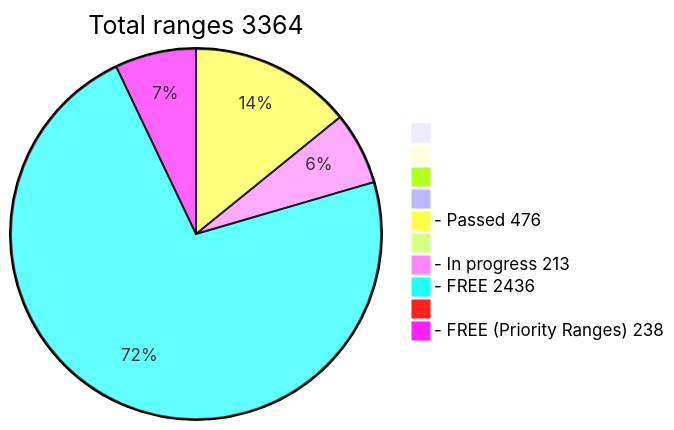
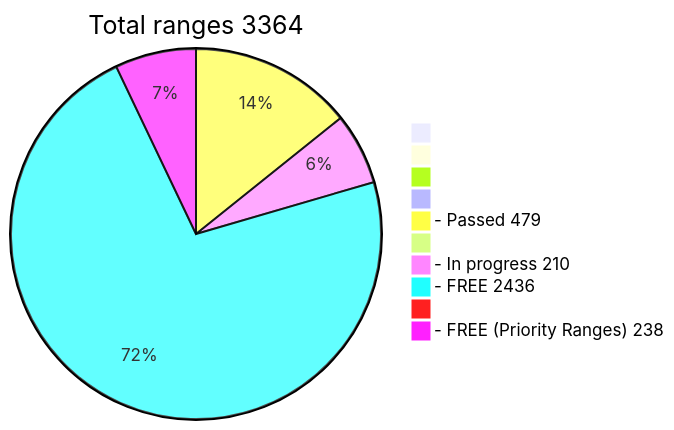
The diagram in README.md (phrutis/wif500), drawn with Mermaid before and after one commit.

````diff
--- a/README.md
+++ b/README.md
@@ -16,13 +16,13 @@
 ```mermaid
 pie title Total ranges 3364
              " " : 0
             "  " : 0
            "   " : 0
           "    " : 0
-  "- Passed 476" : 476
+  "- Passed 479" : 479
          "     " : 0
-  "- In progress 213" : 213
+  "- In progress 210" : 210
    "- FREE 2436" : 2436
         "      " : 0
   "- FREE (Priority Ranges) 238" : 238
 ```
````
